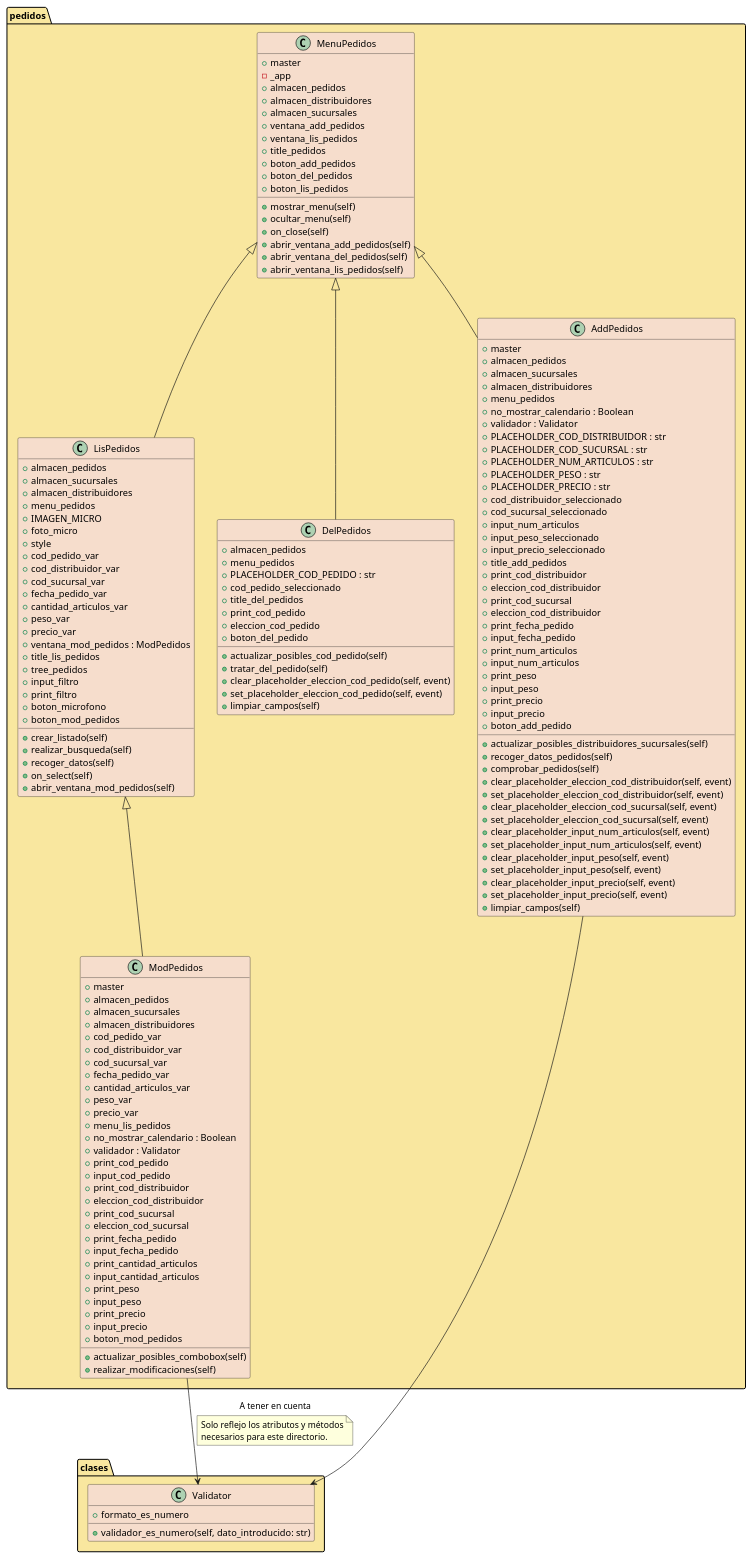
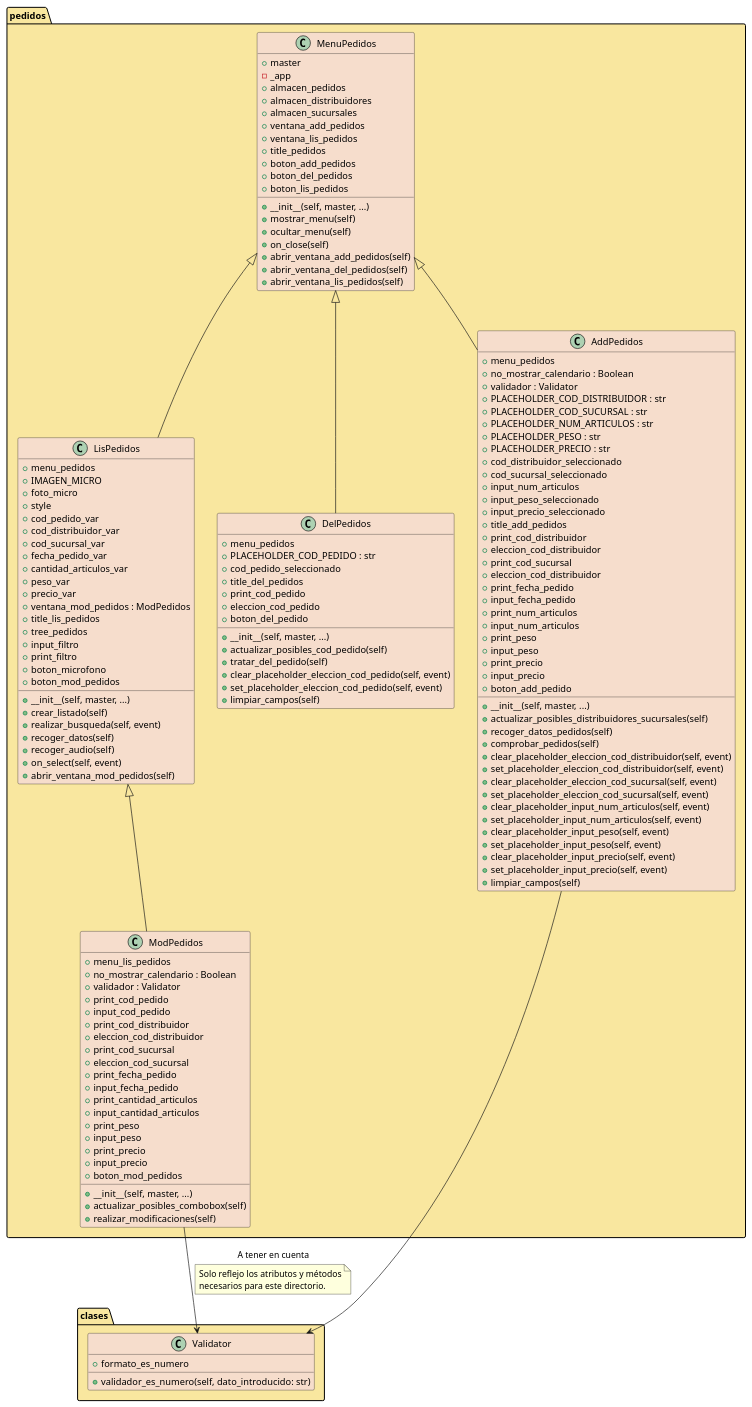
The diagram in docs/puml/pedidos.puml (HuGymsForMe/hmnlogistics), drawn with PlantUML before and after one commit. The commit also changed 94 other files, not shown here.

```diff
--- a/docs/puml/pedidos.puml
+++ b/docs/puml/pedidos.puml
@@ -1,169 +1,156 @@
 @startuml pedidos
 
 package pedidos <<Folder>> #F9E79F {
     MenuPedidos <|-- AddPedidos
     MenuPedidos <|-- DelPedidos
     MenuPedidos <|-- LisPedidos
     LisPedidos <|-- ModPedidos
 
     together {
   class AddPedidos
   class DelPedidos
   class LisPedidos
 }
     
     class MenuPedidos #F6DDCC{
         + master
         - _app
         + almacen_pedidos
         + almacen_distribuidores
         + almacen_sucursales
         + ventana_add_pedidos
         + ventana_lis_pedidos
         + title_pedidos
         + boton_add_pedidos
         + boton_del_pedidos
         + boton_lis_pedidos
+        + __init__(self, master, ...)
         + mostrar_menu(self)
         + ocultar_menu(self)
         + on_close(self)
         + abrir_ventana_add_pedidos(self)
         + abrir_ventana_del_pedidos(self)
         + abrir_ventana_lis_pedidos(self)
 }
     class AddPedidos #F6DDCC{
-        + master
-        + almacen_pedidos
-        + almacen_sucursales
-        + almacen_distribuidores
         + menu_pedidos
         + no_mostrar_calendario : Boolean
         + validador : Validator
         + PLACEHOLDER_COD_DISTRIBUIDOR : str
         + PLACEHOLDER_COD_SUCURSAL : str
         + PLACEHOLDER_NUM_ARTICULOS : str
         + PLACEHOLDER_PESO : str
         + PLACEHOLDER_PRECIO : str
         + cod_distribuidor_seleccionado
         + cod_sucursal_seleccionado
         + input_num_articulos
         + input_peso_seleccionado
         + input_precio_seleccionado
         + title_add_pedidos
         + print_cod_distribuidor
         + eleccion_cod_distribuidor
         + print_cod_sucursal
         + eleccion_cod_distribuidor
         + print_fecha_pedido
         + input_fecha_pedido
         + print_num_articulos
         + input_num_articulos
         + print_peso
         + input_peso
         + print_precio
         + input_precio
         + boton_add_pedido
+        + __init__(self, master, ...)
         + actualizar_posibles_distribuidores_sucursales(self)
         + recoger_datos_pedidos(self)
         + comprobar_pedidos(self)
         + clear_placeholder_eleccion_cod_distribuidor(self, event)
         + set_placeholder_eleccion_cod_distribuidor(self, event)
         + clear_placeholder_eleccion_cod_sucursal(self, event)
         + set_placeholder_eleccion_cod_sucursal(self, event)
         + clear_placeholder_input_num_articulos(self, event)
         + set_placeholder_input_num_articulos(self, event)
         + clear_placeholder_input_peso(self, event)
         + set_placeholder_input_peso(self, event)
         + clear_placeholder_input_precio(self, event)
         + set_placeholder_input_precio(self, event)
         + limpiar_campos(self)     
 }
     class DelPedidos #F6DDCC{
-        + almacen_pedidos
         + menu_pedidos
         + PLACEHOLDER_COD_PEDIDO : str
         + cod_pedido_seleccionado
         + title_del_pedidos
         + print_cod_pedido
         + eleccion_cod_pedido
         + boton_del_pedido
+        + __init__(self, master, ...)
         + actualizar_posibles_cod_pedido(self)
         + tratar_del_pedido(self)
         + clear_placeholder_eleccion_cod_pedido(self, event)
         + set_placeholder_eleccion_cod_pedido(self, event)
         + limpiar_campos(self)
 }
     class LisPedidos #F6DDCC{
-        + almacen_pedidos
-        + almacen_sucursales
-        + almacen_distribuidores
         + menu_pedidos
         + IMAGEN_MICRO
         + foto_micro
         + style
         + cod_pedido_var
         + cod_distribuidor_var
         + cod_sucursal_var
         + fecha_pedido_var
         + cantidad_articulos_var
         + peso_var
         + precio_var
         + ventana_mod_pedidos : ModPedidos
         + title_lis_pedidos
         + tree_pedidos
         + input_filtro
         + print_filtro
         + boton_microfono
         + boton_mod_pedidos
+        + __init__(self, master, ...)
         + crear_listado(self)
-        + realizar_busqueda(self)
+        + realizar_busqueda(self, event)
         + recoger_datos(self)
-        + on_select(self)
+        + recoger_audio(self)
+        + on_select(self, event)
         + abrir_ventana_mod_pedidos(self)
 }
     class ModPedidos #F6DDCC{
-        + master
-        + almacen_pedidos
-        + almacen_sucursales
-        + almacen_distribuidores
-        + cod_pedido_var
-        + cod_distribuidor_var
-        + cod_sucursal_var
-        + fecha_pedido_var
-        + cantidad_articulos_var
-        + peso_var
-        + precio_var
         + menu_lis_pedidos
         + no_mostrar_calendario : Boolean
         + validador : Validator
         + print_cod_pedido
         + input_cod_pedido
         + print_cod_distribuidor
         + eleccion_cod_distribuidor
         + print_cod_sucursal
         + eleccion_cod_sucursal
         + print_fecha_pedido
         + input_fecha_pedido
         + print_cantidad_articulos
         + input_cantidad_articulos
         + print_peso
         + input_peso
         + print_precio
         + input_precio
         + boton_mod_pedidos
+        + __init__(self, master, ...)
         + actualizar_posibles_combobox(self)
         + realizar_modificaciones(self)
 }
 }
 
 package clases <<Folder>> #F9E79F{
     ModPedidos --> Validator : A tener en cuenta
     note on link : Solo reflejo los atributos y métodos\nnecesarios para este directorio.
     AddPedidos --> Validator 
     
     class Validator #F6DDCC{ 
         + formato_es_numero
         + validador_es_numero(self, dato_introducido: str)
 }
 }
 @enduml
```
